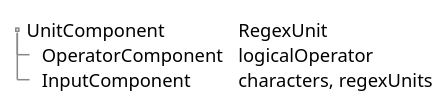
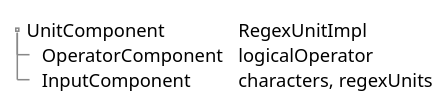
Before and after one commit to Keyhoh/regex_gui: the diagram in design/component/UnitComponent.md, drawn with PlantUML. The commit also changed other lines of this file and 1 other file, not shown here.

````diff
--- a/design/component/UnitComponent.md
+++ b/design/component/UnitComponent.md
@@ -4,10 +4,10 @@
 ```puml
 salt
 {
     {T
-        + UnitComponent | RegexUnit
+        + UnitComponent | RegexUnitImpl
         ++ OperatorComponent | logicalOperator
         ++ InputComponent | characters, regexUnits
     }
 }
 ```
````
